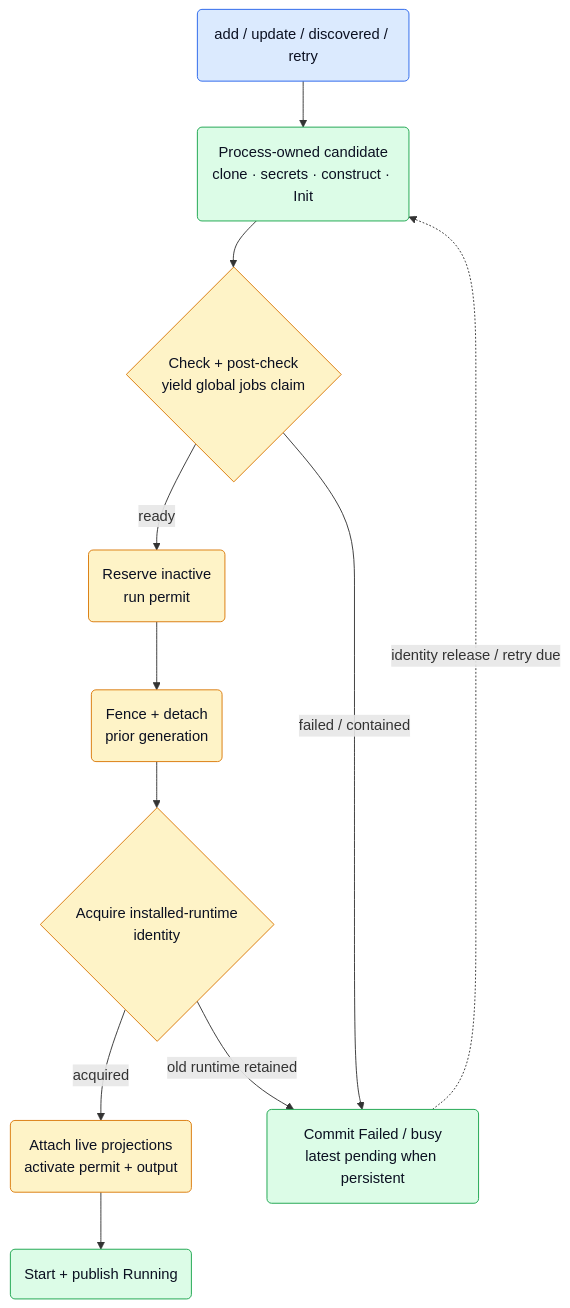
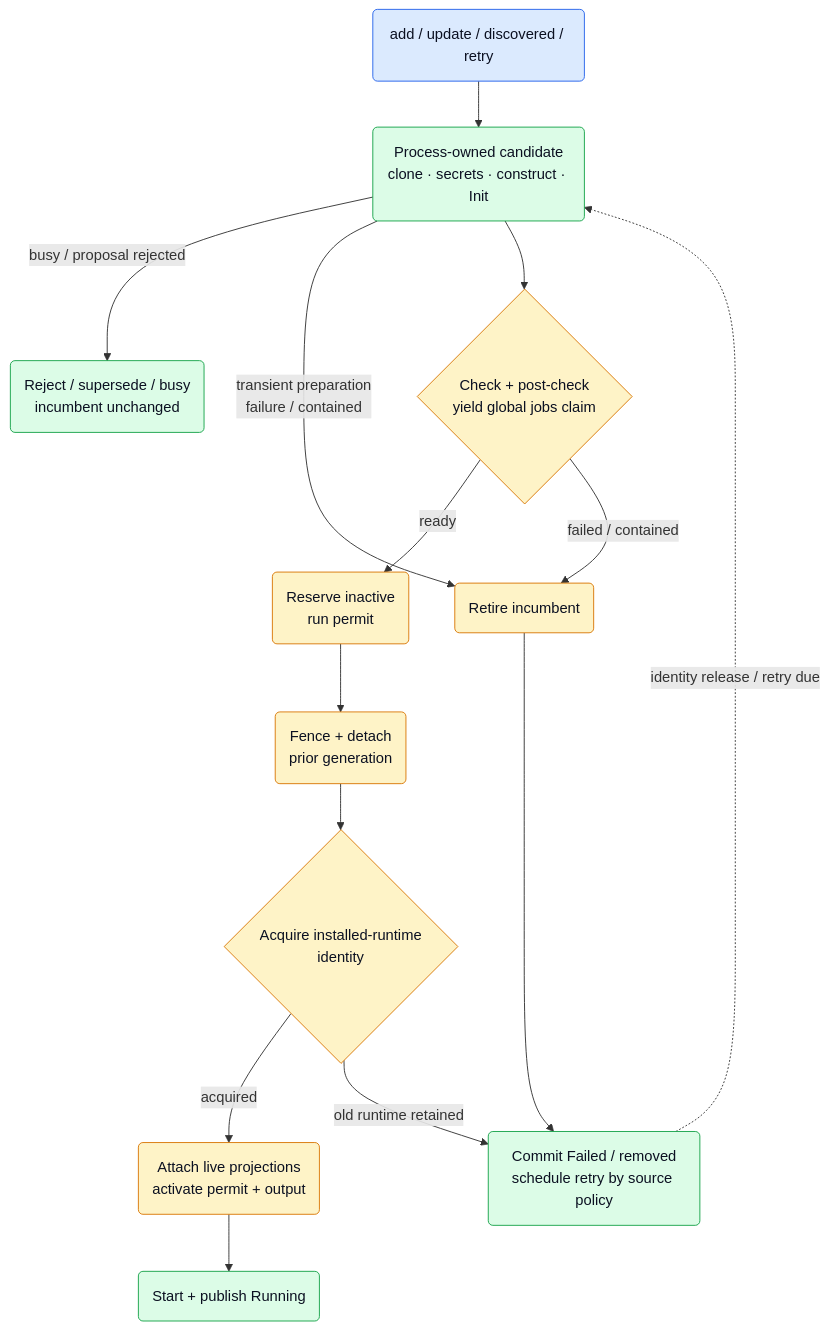
One commit to netdata/netdata changed the fifth of 10 diagrams in src/go/plugin/agent/jobmgr/ARCHITECTURE.md. Above: the diagram before and after it, drawn with Mermaid. The commit also changed other lines of this file, not shown here.

Commit message:
docs(jobmgr): document configuration and dependency flows

````diff
--- a/src/go/plugin/agent/jobmgr/ARCHITECTURE.md
+++ b/src/go/plugin/agent/jobmgr/ARCHITECTURE.md
@@ -333,26 +403,31 @@
 ```mermaid
 flowchart TD
     Cmd("add / update / discovered / retry")
     Stage("Process-owned candidate<br/>clone · secrets · construct · Init")
     AutoD{"Check + post-check<br/>yield global jobs claim"}
+    Keep("Reject / supersede / busy<br/>incumbent unchanged")
     Reserve("Reserve inactive<br/>run permit")
     Retire("Fence + detach<br/>prior generation")
     Promote{"Acquire installed-runtime<br/>identity"}
     Attach("Attach live projections<br/>activate permit + output")
     Live("Start + publish Running")
-    Fail("Commit Failed / busy<br/>latest pending when persistent")
+    RetireFailed("Retire incumbent")
+    Fail("Commit Failed / removed<br/>schedule retry by source policy")
 
-    Cmd --> Stage --> AutoD
+    Cmd --> Stage
+    Stage -->|"busy / proposal rejected"| Keep
+    Stage -->|"transient preparation<br/>failure / contained"| RetireFailed
+    Stage --> AutoD
     AutoD -->|"ready"| Reserve --> Retire --> Promote
     Promote -->|"acquired"| Attach --> Live
-    AutoD -->|"failed / contained"| Fail
+    AutoD -->|"failed / contained"| RetireFailed --> Fail
     Promote -->|"old runtime retained"| Fail
     Fail -. "identity release / retry due" .-> Stage
 
     classDef ext fill:#dbeafe,stroke:#2563eb,color:#0b1021;
     classDef core fill:#fef3c7,stroke:#d97706,color:#0b1021;
     classDef job fill:#dcfce7,stroke:#16a34a,color:#0b1021;
     class Cmd ext;
-    class AutoD,Reserve,Retire,Promote,Attach core;
-    class Stage,Live,Fail job;
+    class AutoD,Reserve,Retire,RetireFailed,Promote,Attach core;
+    class Stage,Keep,Live,Fail job;
 ```
````
